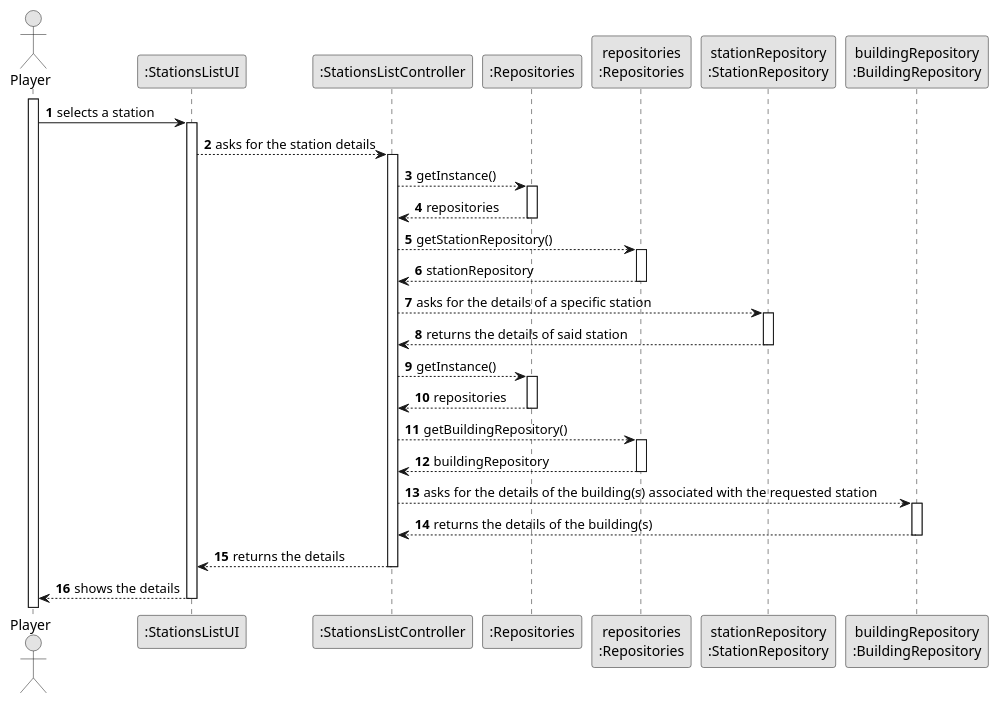
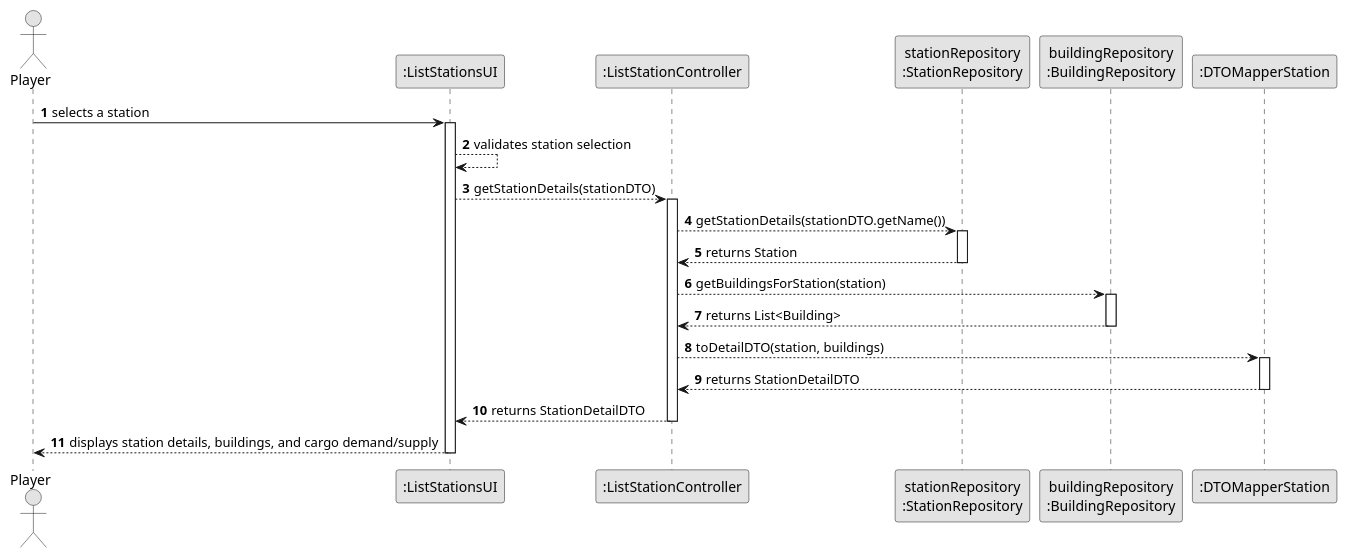
The diagram in docs/system-documentation/US007/03.design/puml/US007-SD-getBuildingDetails.puml (goncalolopesp/sem2-pi-24.25-g093-repo), drawn with PlantUML before and after one commit. The commit also changed 3 other files, not shown here.

Commit message:
US007 - Updated Design's Partial and Split Diagrams

```diff
--- a/docs/system-documentation/US007/03.design/puml/US007-SD-getBuildingDetails.puml
+++ b/docs/system-documentation/US007/03.design/puml/US007-SD-getBuildingDetails.puml
@@ -1,55 +1,43 @@
 @startuml
 skinparam monochrome true
 skinparam packageStyle rectangle
 skinparam shadowing false
 
 autonumber
 
-actor "Player" as Employee
-participant ":StationsListUI" as StationsListUI
+actor "Player" as Player
+participant ":ListStationsUI" as ListStationsUI
+participant ":ListStationController" as ListStationController
+participant "stationRepository\n:StationRepository" as srepo
+participant "buildingRepository\n:BuildingRepository" as brepo
+participant ":DTOMapperStation" as DTOMapper
 
-activate Employee
+Player -> ListStationsUI : selects a station
+activate ListStationsUI
 
-participant ":StationsListController" as StationsListController
+ListStationsUI --> ListStationsUI : validates station selection
+ListStationsUI --> ListStationController : getStationDetails(stationDTO)
+activate ListStationController
 
-participant ":Repositories" as Repositories
-participant "repositories\n:Repositories" as Repo
-participant "stationRepository\n:StationRepository" as stationRepository
-participant "buildingRepository\n:BuildingRepository" as buildingRepository
+ListStationController --> srepo : getStationDetails(stationDTO.getName())
+activate srepo
+srepo --> ListStationController : returns Station
+deactivate srepo
 
+ListStationController --> brepo : getBuildingsForStation(station)
+activate brepo
+brepo --> ListStationController : returns List<Building>
+deactivate brepo
 
-Employee -> StationsListUI : selects a station
-activate StationsListUI
-StationsListUI --> StationsListController : asks for the station details
-activate StationsListController
-StationsListController --> Repositories : getInstance()
-activate Repositories
-Repositories --> StationsListController : repositories
-deactivate Repositories
-StationsListController --> Repo : getStationRepository()
-activate Repo
-Repo --> StationsListController : stationRepository
-deactivate Repo
-StationsListController --> stationRepository : asks for the details of a specific station
-activate stationRepository
-stationRepository --> StationsListController : returns the details of said station
-deactivate stationRepository
-StationsListController --> Repositories : getInstance()
-activate Repositories
-Repositories --> StationsListController : repositories
-deactivate Repositories
-StationsListController --> Repo : getBuildingRepository()
-activate Repo
-Repo --> StationsListController : buildingRepository
-deactivate Repo
-StationsListController --> buildingRepository : asks for the details of the building(s) associated with the requested station
-activate buildingRepository
-buildingRepository --> StationsListController : returns the details of the building(s)
-deactivate buildingRepository
-StationsListController --> StationsListUI : returns the details
-deactivate StationsListController
-StationsListUI --> Employee : shows the details
-deactivate StationsListUI
+ListStationController --> DTOMapper : toDetailDTO(station, buildings)
+activate DTOMapper
+DTOMapper --> ListStationController : returns StationDetailDTO
+deactivate DTOMapper
 
+ListStationController --> ListStationsUI : returns StationDetailDTO
+deactivate ListStationController
+
+ListStationsUI --> Player : displays station details, buildings, and cargo demand/supply
+deactivate ListStationsUI
 
 @enduml
```
